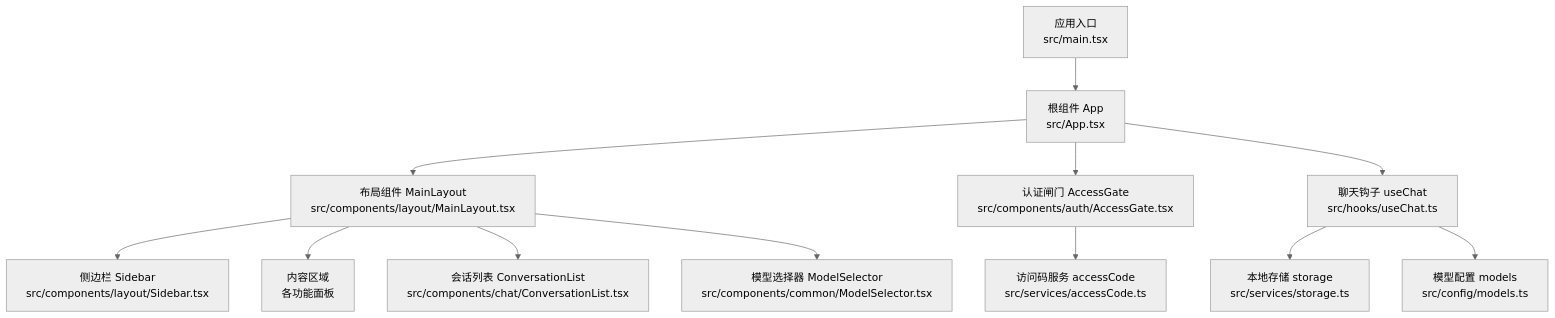
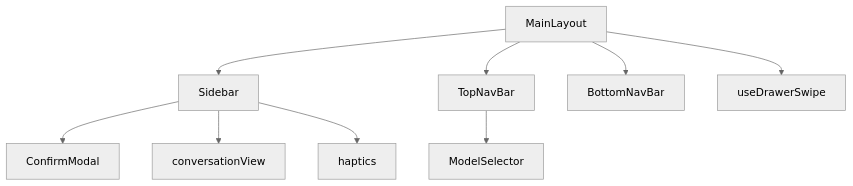
Before and after one commit to billye220670/AIShop: the first of 7 diagrams in .qoder/repowiki/zh/content/核心组件/核心组件.md, drawn with Mermaid (neutral theme). The commit also changed other lines of this file and 135 other files, not shown here.

````diff
--- a/.qoder/repowiki/zh/content/核心组件/核心组件.md
+++ b/.qoder/repowiki/zh/content/核心组件/核心组件.md
@@ -45,14 +39,11 @@
 ```mermaid
 graph TB
-A["应用入口<br/>src/main.tsx"] --> B["根组件 App<br/>src/App.tsx"]
-B --> C["布局组件 MainLayout<br/>src/components/layout/MainLayout.tsx"]
-C --> D["侧边栏 Sidebar<br/>src/components/layout/Sidebar.tsx"]
-C --> E["内容区域<br/>各功能面板"]
-B --> F["认证闸门 AccessGate<br/>src/components/auth/AccessGate.tsx"]
-C --> G["会话列表 ConversationList<br/>src/components/chat/ConversationList.tsx"]
-C --> H["模型选择器 ModelSelector<br/>src/components/common/ModelSelector.tsx"]
-B --> I["聊天钩子 useChat<br/>src/hooks/useChat.ts"]
-I --> J["本地存储 storage<br/>src/services/storage.ts"]
-I --> K["模型配置 models<br/>src/config/models.ts"]
-F --> L["访问码服务 accessCode<br/>src/services/accessCode.ts"]
+A["MainLayout"] --> B["Sidebar"]
+A --> C["TopNavBar"]
+A --> D["BottomNavBar"]
+A --> E["useDrawerSwipe"]
+B --> F["ConfirmModal"]
+C --> G["ModelSelector"]
+B --> H["conversationView"]
+B --> I["haptics"]
 ```
````
